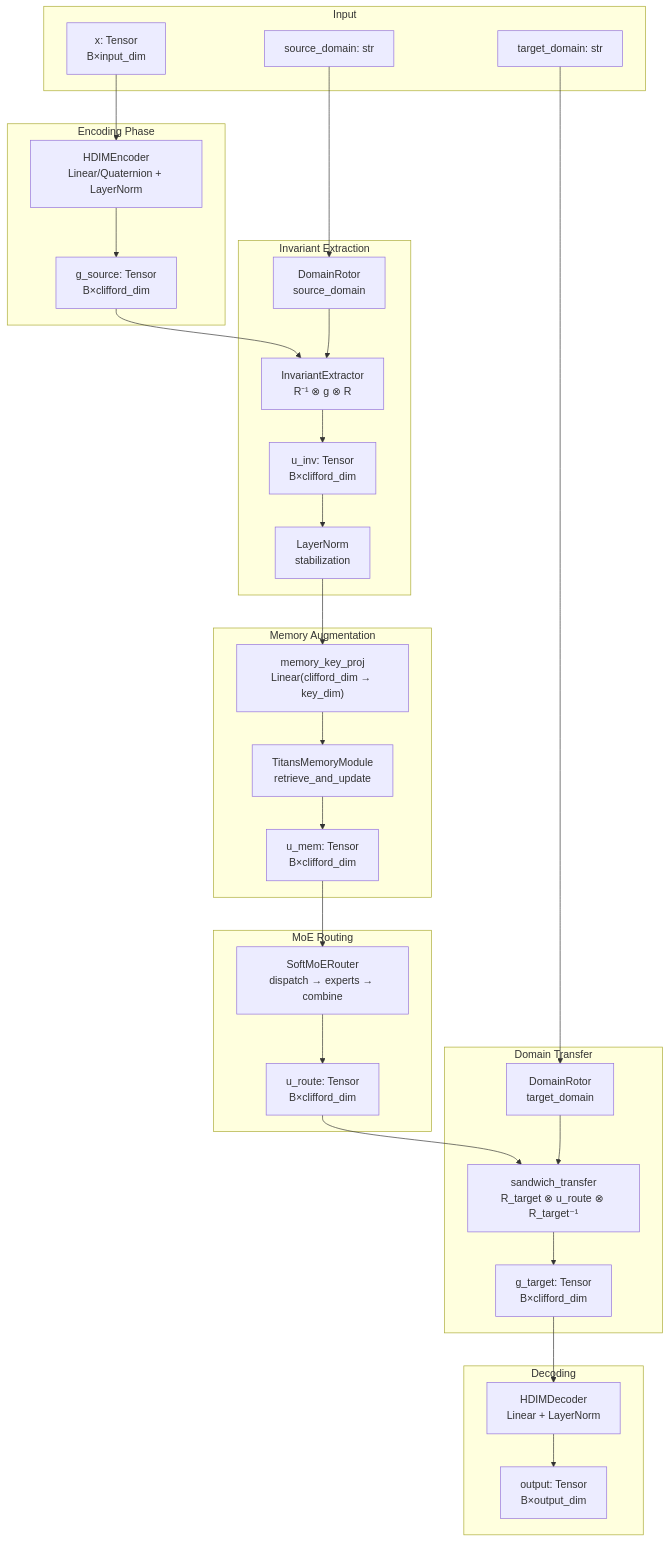
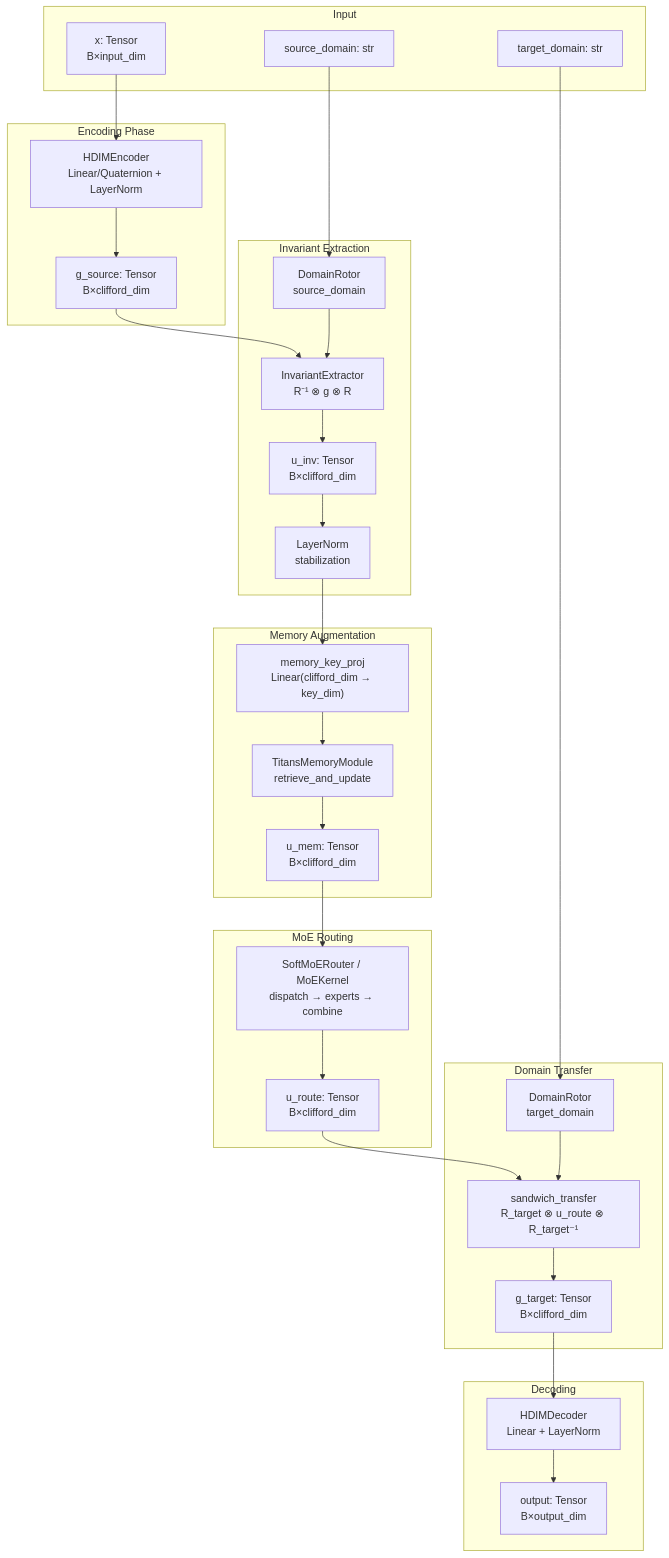
Before and after one commit to ShmidtS/hypercoplexAI: the third of 22 diagrams in docs/DIAGRAMS.md, drawn with Mermaid. The commit also changed other lines of this file and 3 other files, not shown here.

First line of the commit message:
docs: update ARCHITECTURE, DIAGRAMS, README, HDIM docs

````diff
--- a/docs/DIAGRAMS.md
+++ b/docs/DIAGRAMS.md
@@ -247,52 +383,52 @@
 ```mermaid
 flowchart TD
     subgraph Input
         X["x: Tensor<br/>B×input_dim"]
         SD["source_domain: str"]
         TD["target_domain: str"]
     end
 
     subgraph Encoding["Encoding Phase"]
         E["HDIMEncoder<br/>Linear/Quaternion + LayerNorm"]
         G["g_source: Tensor<br/>B×clifford_dim"]
     end
 
     subgraph Invariant["Invariant Extraction"]
         R1["DomainRotor<br/>source_domain"]
         IE["InvariantExtractor<br/>R⁻¹ ⊗ g ⊗ R"]
         U["u_inv: Tensor<br/>B×clifford_dim"]
         LN["LayerNorm<br/>stabilization"]
     end
 
     subgraph Memory["Memory Augmentation"]
         MK["memory_key_proj<br/>Linear(clifford_dim → key_dim)"]
         TM["TitansMemoryModule<br/>retrieve_and_update"]
         UM["u_mem: Tensor<br/>B×clifford_dim"]
     end
 
     subgraph MoE["MoE Routing"]
-        SM["SoftMoERouter<br/>dispatch → experts → combine"]
+        SM["SoftMoERouter / MoEKernel<br/>dispatch → experts → combine"]
         UR["u_route: Tensor<br/>B×clifford_dim"]
     end
 
     subgraph Transfer["Domain Transfer"]
         ST["sandwich_transfer<br/>R_target ⊗ u_route ⊗ R_target⁻¹"]
         R2["DomainRotor<br/>target_domain"]
         GT["g_target: Tensor<br/>B×clifford_dim"]
     end
 
     subgraph Output["Decoding"]
         D["HDIMDecoder<br/>Linear + LayerNorm"]
         OUT["output: Tensor<br/>B×output_dim"]
     end
 
     X --> E --> G
     G --> IE
     SD --> R1 --> IE
     IE --> U --> LN --> MK
     MK --> TM
     TM --> UM --> SM --> UR
     UR --> ST
     TD --> R2 --> ST
     ST --> GT --> D --> OUT
 ```
````
